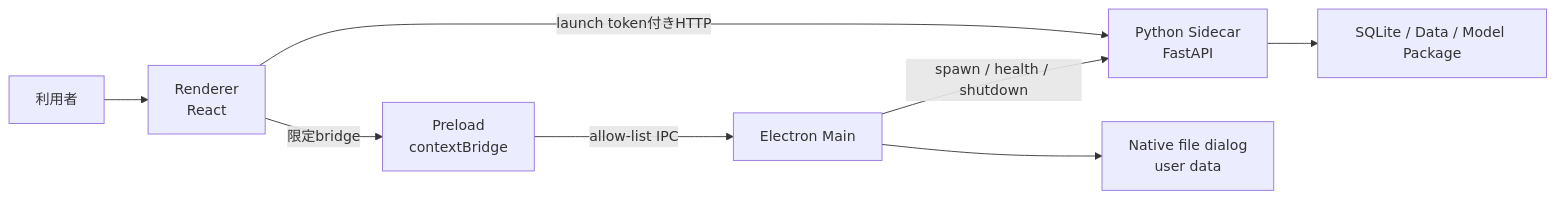
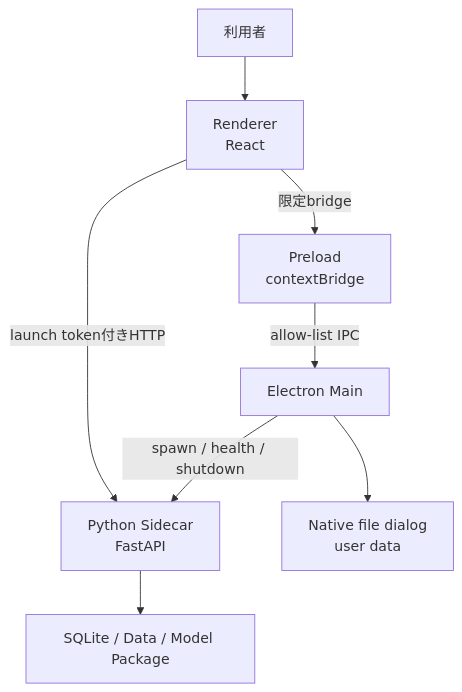
Before and after one commit to mryk814/re-process-dashboard: the diagram in docs/learning/chapters/frontend-desktop-state.qmd, drawn with Mermaid. The commit also changed other lines of this file and 10 other files, not shown here.

````diff
--- a/docs/learning/chapters/frontend-desktop-state.qmd
+++ b/docs/learning/chapters/frontend-desktop-state.qmd
@@ -494,10 +512,10 @@
 ```{mermaid}
-flowchart LR
+flowchart TB
   U["利用者"] --> R["Renderer<br/>React"]
   R -->|"限定bridge"| P["Preload<br/>contextBridge"]
   P -->|"allow-list IPC"| M["Electron Main"]
   R -->|"launch token付きHTTP"| S["Python Sidecar<br/>FastAPI"]
   M -->|"spawn / health / shutdown"| S
   M --> F["Native file dialog<br/>user data"]
   S --> D["SQLite / Data / Model Package"]
 ```
````
